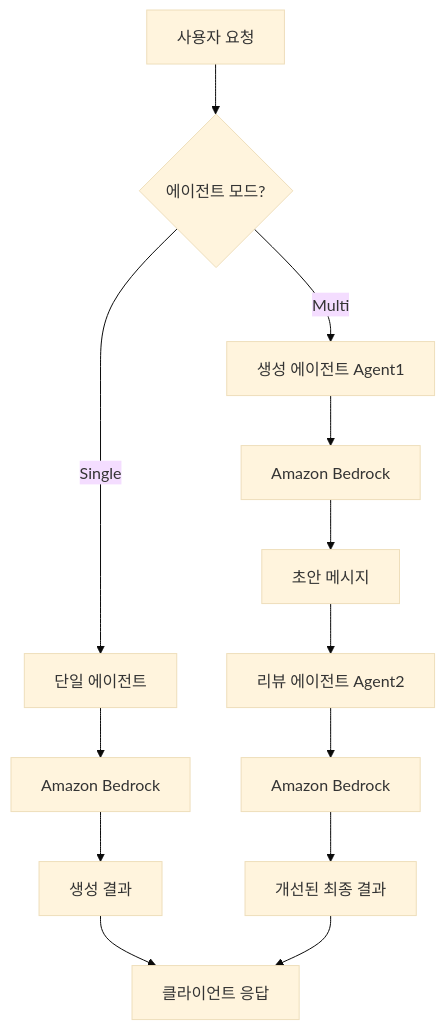
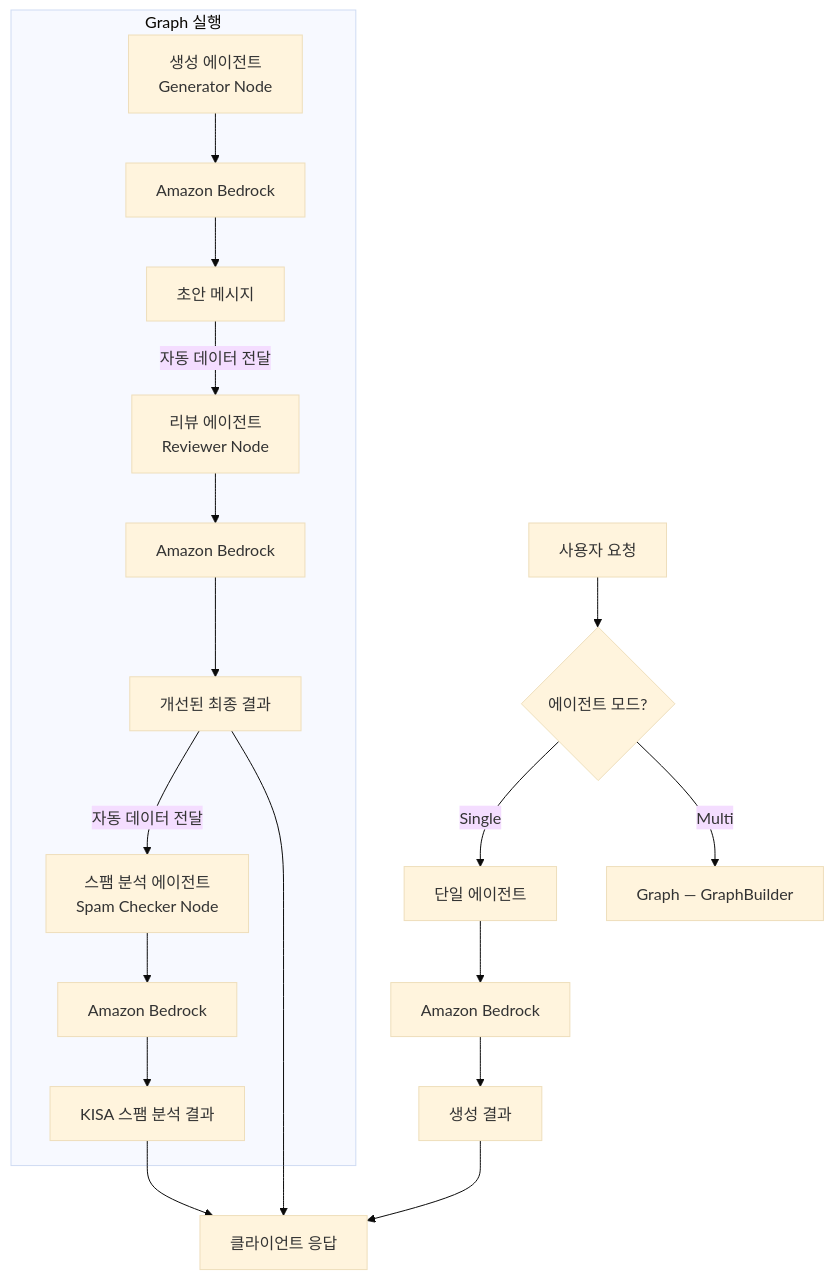
One commit to alipeople/aws-ai-poc-1 changed the diagram in docs/requirements/04-agent-modes.md. Above: the diagram before and after it, drawn with Mermaid (base theme). The commit also changed other lines of this file and 10 other files, not shown here.

First line of the commit message:
feat: add Spam Checker sub-agent to multi-agent Graph pipeline

````diff
--- a/docs/requirements/04-agent-modes.md
+++ b/docs/requirements/04-agent-modes.md
@@ -34,15 +35,21 @@
 ```mermaid
 flowchart TD
     Request[사용자 요청] --> Check{에이전트 모드?}
     Check -->|Single| SA[단일 에이전트]
     SA --> LLM1[Amazon Bedrock]
     LLM1 --> R1[생성 결과]
-    Check -->|Multi| GA[생성 에이전트 Agent1]
-    GA --> LLM2[Amazon Bedrock]
-    LLM2 --> Draft[초안 메시지]
-    Draft --> RA[리뷰 에이전트 Agent2]
-    RA --> LLM3[Amazon Bedrock]
-    LLM3 --> R2[개선된 최종 결과]
+    Check -->|Multi| GRAPH[Graph — GraphBuilder]
+    subgraph GRAPH_DETAIL[Graph 실행]
+        GA[생성 에이전트<br>Generator Node] --> LLM2[Amazon Bedrock]
+        LLM2 --> Draft[초안 메시지]
+        Draft -->|자동 데이터 전달| RA[리뷰 에이전트<br>Reviewer Node]
+        RA --> LLM3[Amazon Bedrock]
+        LLM3 --> R2[개선된 최종 결과]
+        R2 -->|자동 데이터 전달| SPA[스팸 분석 에이전트<br>Spam Checker Node]
+        SPA --> LLM4[Amazon Bedrock]
+        LLM4 --> R3[KISA 스팸 분석 결과]
+    end
     R1 --> Response[클라이언트 응답]
     R2 --> Response
+    R3 --> Response
 ```
````
